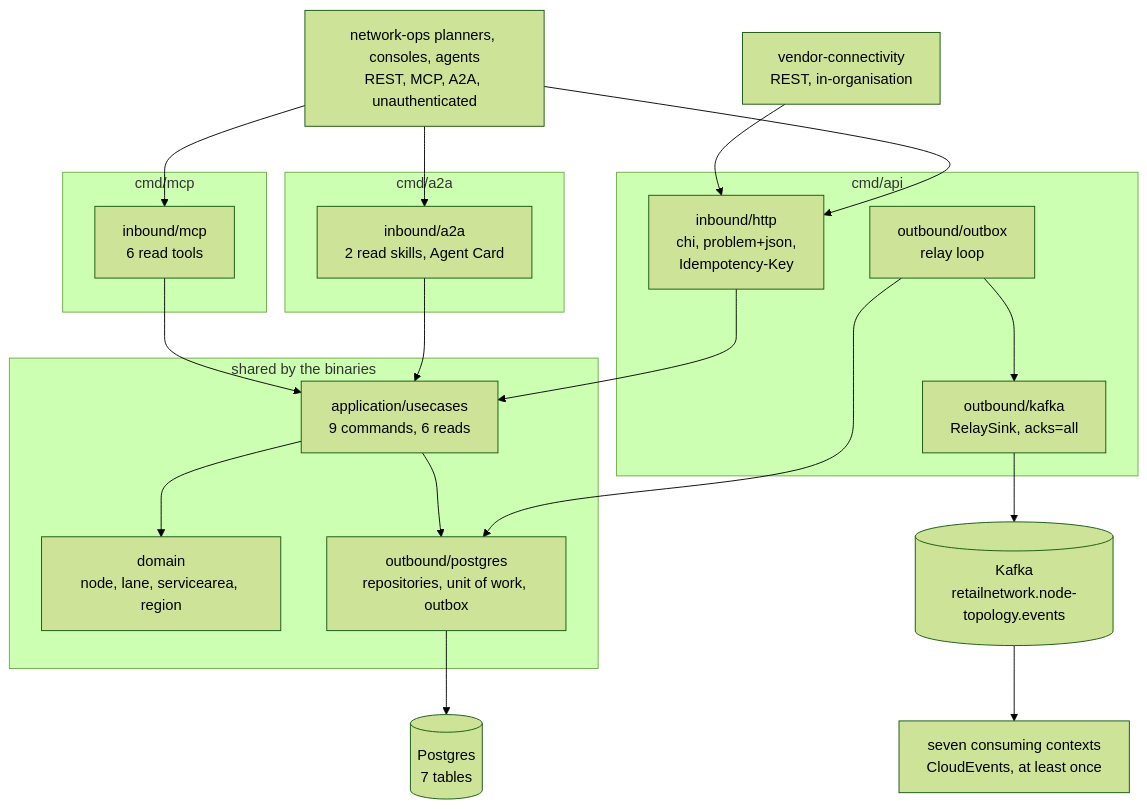
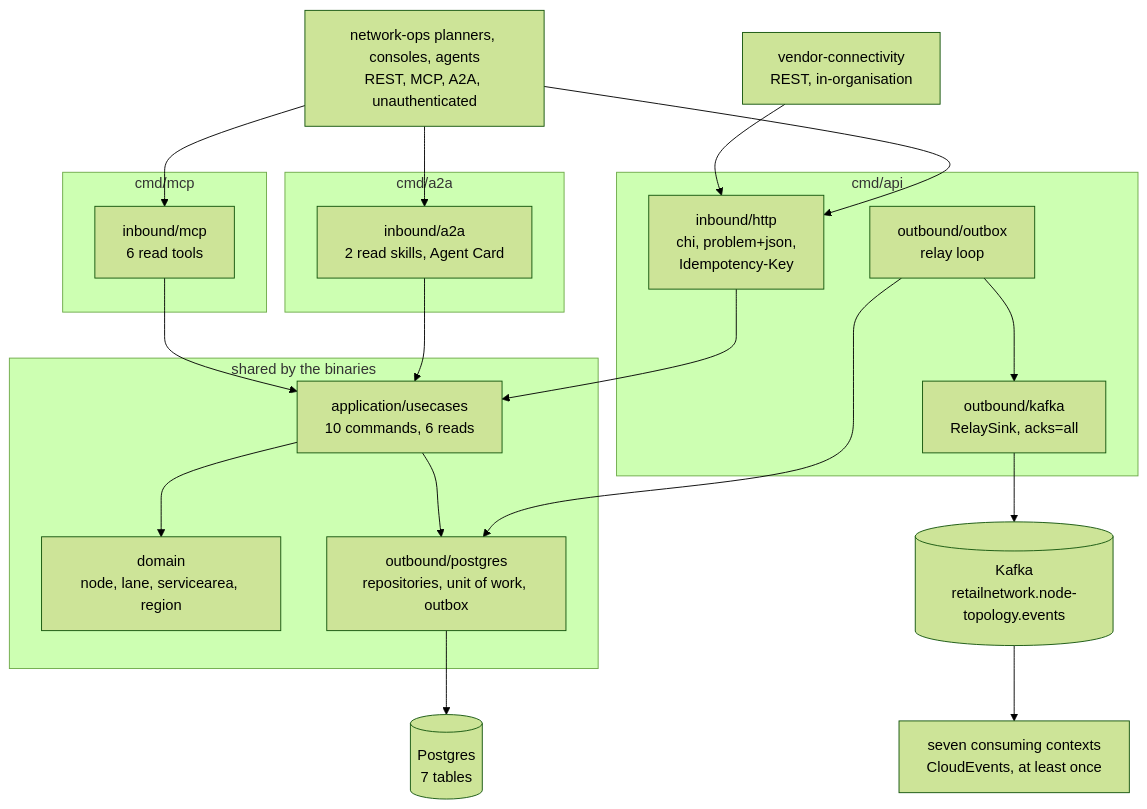
The diagram in docs/docs/overview/architecture.md (IQVO/node-topology), drawn with Mermaid (forest theme) before and after one commit. The commit also changed 17 other files, not shown here.

````diff
--- a/docs/docs/overview/architecture.md
+++ b/docs/docs/overview/architecture.md
@@ -51,38 +51,38 @@
 ```mermaid
 flowchart TB
     VC["vendor-connectivity<br/>REST, in-organisation"]
     OPS["network-ops planners, consoles, agents<br/>REST, MCP, A2A, unauthenticated"]
     subgraph api["cmd/api"]
         http["inbound/http<br/>chi, problem+json,<br/>Idempotency-Key"]
         relay["outbound/outbox<br/>relay loop"]
         kout["outbound/kafka<br/>RelaySink, acks=all"]
     end
     subgraph mcpb["cmd/mcp"]
         mcp["inbound/mcp<br/>6 read tools"]
     end
     subgraph a2ab["cmd/a2a"]
         a2a["inbound/a2a<br/>2 read skills, Agent Card"]
     end
     subgraph core["shared by the binaries"]
-        uc["application/usecases<br/>9 commands, 6 reads"]
+        uc["application/usecases<br/>10 commands, 6 reads"]
         dom["domain<br/>node, lane, servicearea, region"]
         pgad["outbound/postgres<br/>repositories, unit of work, outbox"]
     end
     PG[("Postgres<br/>7 tables")]
     KB[("Kafka<br/>retailnetwork.node-topology.events")]
     CONS["seven consuming contexts<br/>CloudEvents, at least once"]
     VC --> http
     OPS --> http
     OPS --> mcp
     OPS --> a2a
     http --> uc
     mcp --> uc
     a2a --> uc
     uc --> dom
     uc --> pgad
     pgad --> PG
     relay --> pgad
     relay --> kout
     kout --> KB
     KB --> CONS
 ```
````
